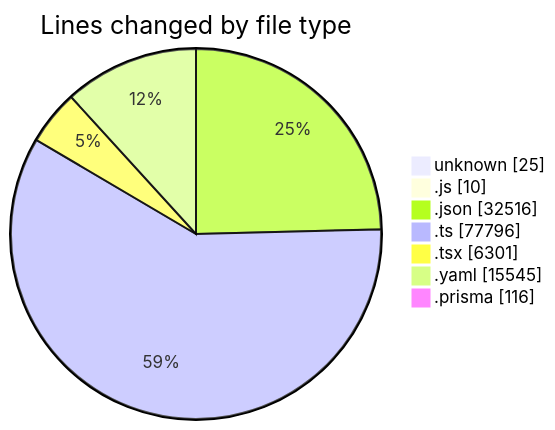
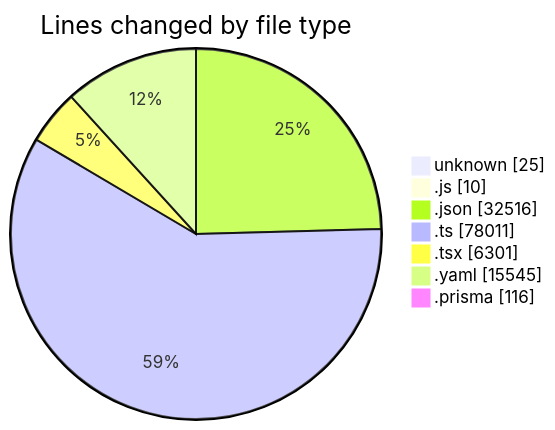
One commit to CELIANVF/code-tracking changed the first of 2 diagrams in 2025-05-02/ecodeli/README.md. Above: the diagram before and after it, drawn with Mermaid. The commit also changed other lines of this file and 1 other file, not shown here.

````diff
--- a/2025-05-02/ecodeli/README.md
+++ b/2025-05-02/ecodeli/README.md
@@ -91,11 +92,11 @@
 ```mermaid
 pie showData
 title Lines changed by file type
 "unknown" : 25
 ".js" : 10
 ".json" : 32516
-".ts" : 77796
+".ts" : 78011
 ".tsx" : 6301
 ".yaml" : 15545
 ".prisma" : 116
 ```
````
